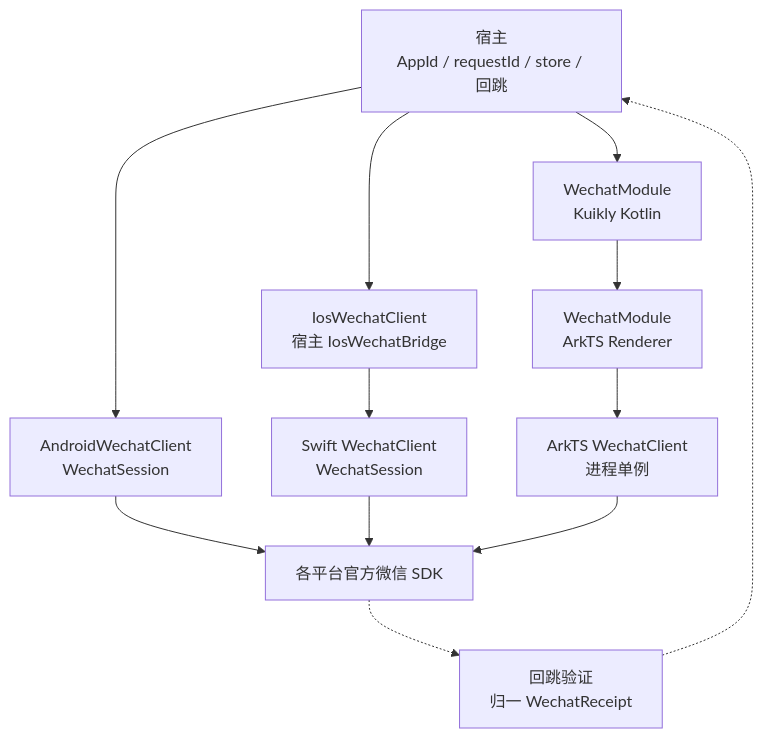
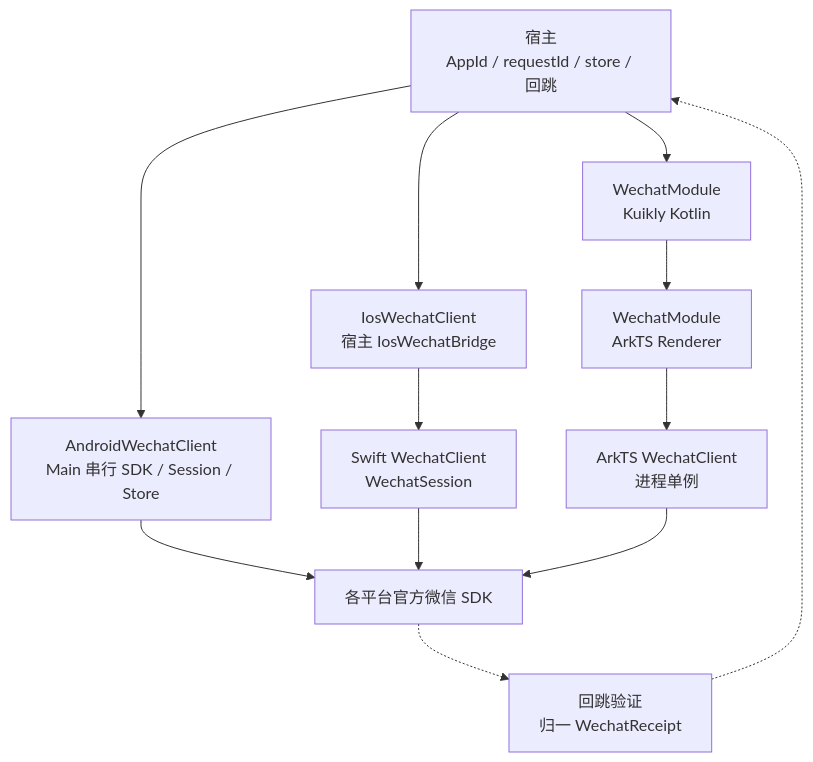
The first of 3 diagrams in README.md (gycrosskit/wechat), drawn with Mermaid before and after one commit. The commit also changed other lines of this file and 10 other files, not shown here.

Commit message:
fix(wechat): serialize Android SDK requests and callbacks on Main

````diff
--- a/README.md
+++ b/README.md
@@ -11,14 +11,14 @@
 ```mermaid
 flowchart TB
-    H["宿主<br/>AppId / requestId / store / 回跳"] --> A["AndroidWechatClient<br/>WechatSession"]
+    H["宿主<br/>AppId / requestId / store / 回跳"] --> A["AndroidWechatClient<br/>Main 串行 SDK / Session / Store"]
     H --> I["IosWechatClient<br/>宿主 IosWechatBridge"]
     I --> S["Swift WechatClient<br/>WechatSession"]
     H --> K["WechatModule<br/>Kuikly Kotlin"]
     K --> R["WechatModule<br/>ArkTS Renderer"]
     R --> O["ArkTS WechatClient<br/>进程单例"]
     A --> SDK["各平台官方微信 SDK"]
     S --> SDK
     O --> SDK
     SDK -.-> E["回跳验证<br/>归一 WechatReceipt"]
     E -.-> H
 ```
````
